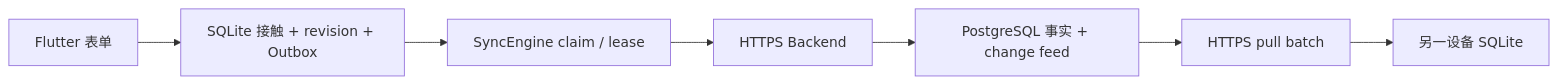
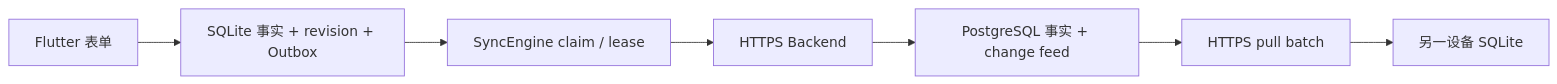
Before and after one commit to XavierOwen/tongxingzhe-app: the diagram in docs/manual/06-persistent-sync-and-backend-sql.md, drawn with Mermaid. The commit also changed other lines of this file and 43 other files, not shown here.

````diff
--- a/docs/manual/06-persistent-sync-and-backend-sql.md
+++ b/docs/manual/06-persistent-sync-and-backend-sql.md
@@ -7,9 +7,9 @@
 ```mermaid
 flowchart LR
-  A["Flutter 表单"] --> B["SQLite 接触 + revision + Outbox"]
+  A["Flutter 表单"] --> B["SQLite 事实 + revision + Outbox"]
   B --> C["SyncEngine claim / lease"]
   C --> D["HTTPS Backend"]
   D --> E["PostgreSQL 事实 + change feed"]
   E --> F["HTTPS pull batch"]
   F --> G["另一设备 SQLite"]
 ```
````
